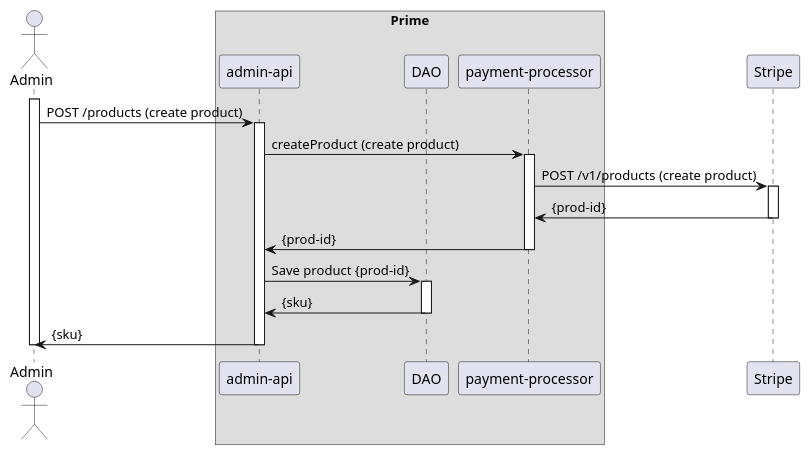
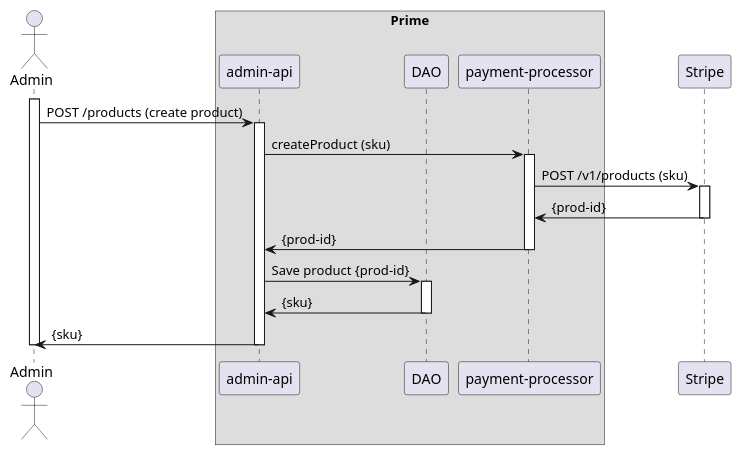
Before and after one commit to ostelco/ostelco-core: the diagram in payment-processor/doc/puml/create-product.puml, drawn with PlantUML. The commit also changed 4 other files, not shown here.

Commit message:
Updated UML

```diff
--- a/payment-processor/doc/puml/create-product.puml
+++ b/payment-processor/doc/puml/create-product.puml
@@ -1,36 +1,36 @@
 @startuml
 
 actor Admin
 participant Admin
 
 box "Prime"
     participant "admin-api"
     participant DAO
     participant "payment-processor"
 end box
 participant Stripe
 
 activate Admin
     "Admin" -> "admin-api" : POST /products (create product)
     activate "admin-api"
-    "admin-api" -> "payment-processor" : createProduct (create product)
+    "admin-api" -> "payment-processor" : createProduct (sku)
 
     activate "payment-processor"
-    "payment-processor" -> "Stripe" : POST /v1/products (create product)
+    "payment-processor" -> "Stripe" : POST /v1/products (sku)
     activate "Stripe"
     "Stripe" -> "payment-processor" : {prod-id}
     deactivate "Stripe"
 
     "payment-processor" -> "admin-api" : {prod-id}
     deactivate "payment-processor"
 
     "admin-api" -> "DAO" : Save product {prod-id}
     activate "DAO"
     "DAO" -> "admin-api" : {sku}
     deactivate "DAO"
 
     "admin-api" -> "Admin" : {sku}
     deactivate "admin-api"
 deactivate Admin
 
 @enduml
```
